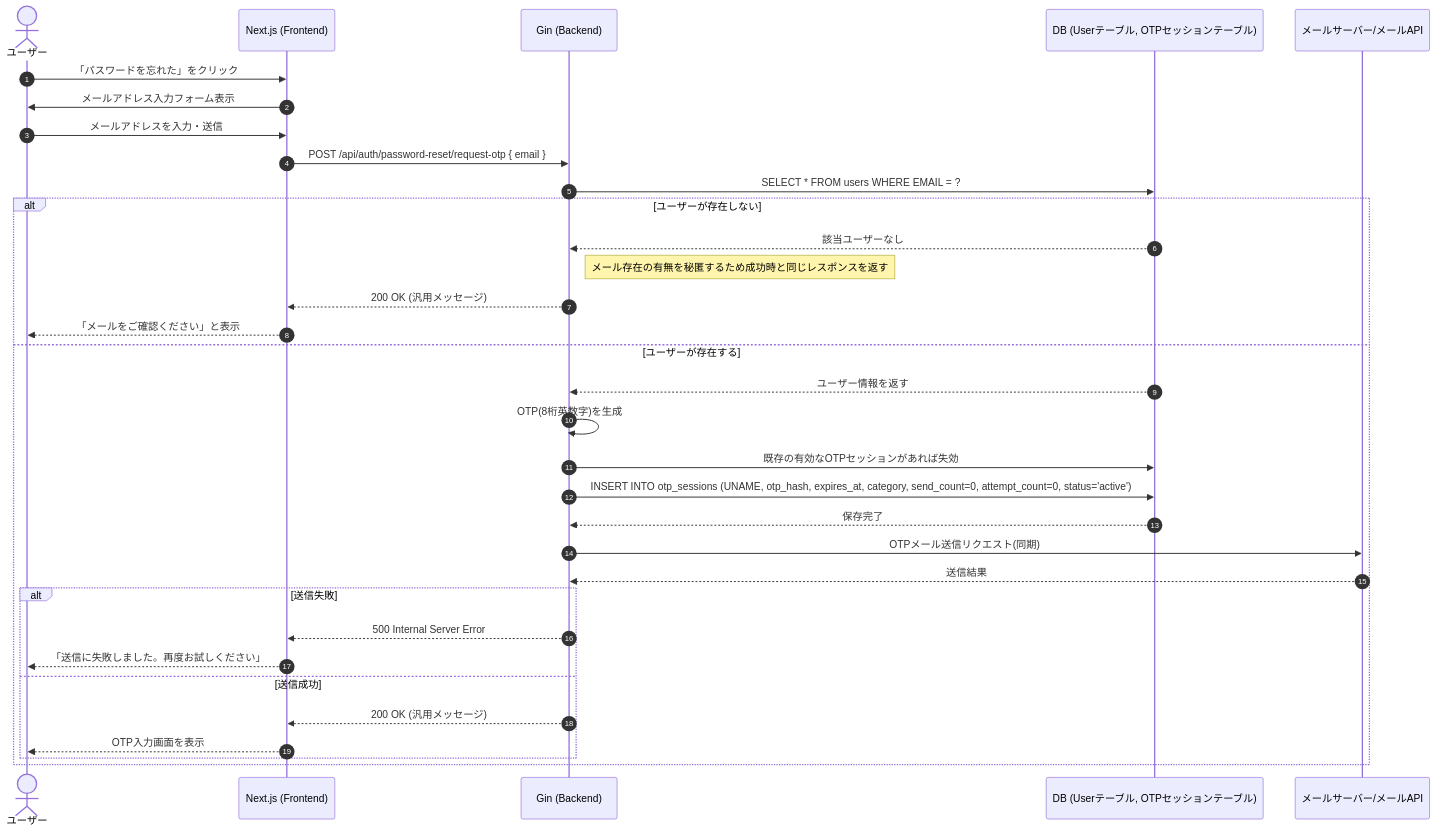
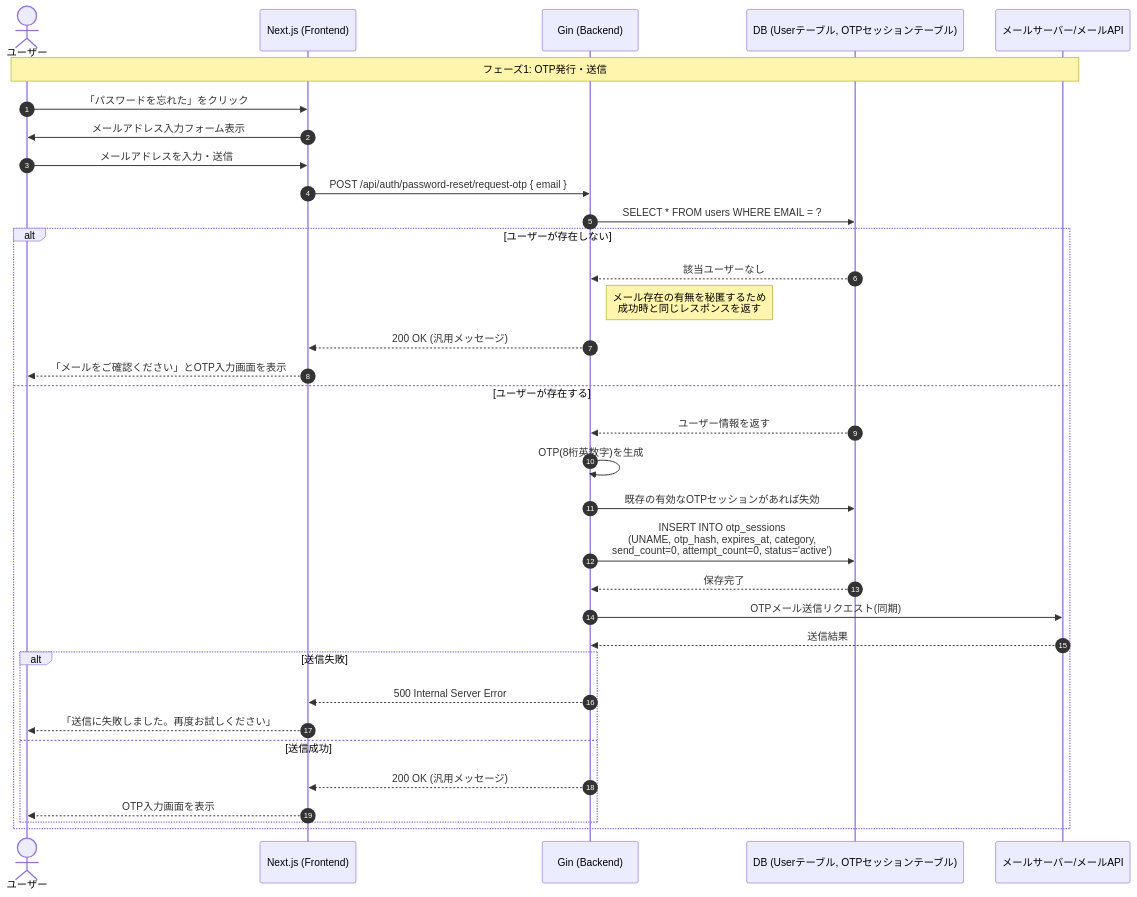
One commit to TUS-TI-dev-team/SyncTask changed the sixth of 9 diagrams in docs/process_design.md. Above: the diagram before and after it, drawn with Mermaid. The commit also changed other lines of this file, not shown here.

````diff
--- a/docs/process_design.md
+++ b/docs/process_design.md
@@ -229,41 +241,42 @@
 ```mermaid
 sequenceDiagram
-    autonumber
-    actor User as ユーザー
-    participant FE as Next.js (Frontend)
-    participant BE as Gin (Backend)
-    participant DB as DB (Userテーブル, OTPセッションテーブル)
-    participant Mail as メールサーバー/メールAPI
+	autonumber
+	actor User as ユーザー
+	participant FE as Next.js (Frontend)
+	participant BE as Gin (Backend)
+	participant DB as DB (Userテーブル, OTPセッションテーブル)
+	participant Mail as メールサーバー/メールAPI
 
-    User->>FE: 「パスワードを忘れた」をクリック
-    FE->>User: メールアドレス入力フォーム表示
-    User->>FE: メールアドレスを入力・送信
+	Note over User,Mail: フェーズ1: OTP発行・送信
+	User->>FE: 「パスワードを忘れた」をクリック
+	FE->>User: メールアドレス入力フォーム表示
+	User->>FE: メールアドレスを入力・送信
 
-    FE->>BE: POST /api/auth/password-reset/request-otp { email }
-    BE->>DB: SELECT * FROM users WHERE EMAIL = ?
+	FE->>BE: POST /api/auth/password-reset/request-otp { email }
+	BE->>DB: SELECT * FROM users WHERE EMAIL = ?
 
-    alt ユーザーが存在しない
-        DB-->>BE: 該当ユーザーなし
-        Note right of BE: メール存在の有無を秘匿するため成功時と同じレスポンスを返す
-        BE-->>FE: 200 OK (汎用メッセージ)
-        FE-->>User: 「メールをご確認ください」と表示
-    else ユーザーが存在する
-        DB-->>BE: ユーザー情報を返す
+	alt ユーザーが存在しない
+		DB-->>BE: 該当ユーザーなし
+		Note right of BE: メール存在の有無を秘匿するため<br/>成功時と同じレスポンスを返す
+		BE-->>FE: 200 OK (汎用メッセージ)
+		FE-->>User: 「メールをご確認ください」とOTP入力画面を表示
+	else ユーザーが存在する
+		DB-->>BE: ユーザー情報を返す
 
-        BE->>BE: OTP(8桁英数字)を生成
-        BE->>DB: 既存の有効なOTPセッションがあれば失効
-        BE->>DB: INSERT INTO otp_sessions (UNAME, otp_hash, expires_at, category, send_count=0, attempt_count=0, status='active')
-        DB-->>BE: 保存完了
+		BE->>BE: OTP(8桁英数字)を生成
+		BE->>DB: 既存の有効なOTPセッションがあれば失効
+		BE->>DB: INSERT INTO otp_sessions<br/>(UNAME, otp_hash, expires_at, category, <br>send_count=0, attempt_count=0, status='active')
+		DB-->>BE: 保存完了
 
-        BE->>Mail: OTPメール送信リクエスト(同期)
-        Mail-->>BE: 送信結果
+		BE->>Mail: OTPメール送信リクエスト(同期)
+		Mail-->>BE: 送信結果
 
-        alt 送信失敗
-            BE-->>FE: 500 Internal Server Error
-            FE-->>User: 「送信に失敗しました。再度お試しください」
-        else 送信成功
-            BE-->>FE: 200 OK (汎用メッセージ)
-            FE-->>User: OTP入力画面を表示
-        end
-    end
+		alt 送信失敗
+			BE-->>FE: 500 Internal Server Error
+			FE-->>User: 「送信に失敗しました。再度お試しください」
+		else 送信成功
+			BE-->>FE: 200 OK (汎用メッセージ)
+			FE-->>User: OTP入力画面を表示
+		end
+	end
 ```
````
